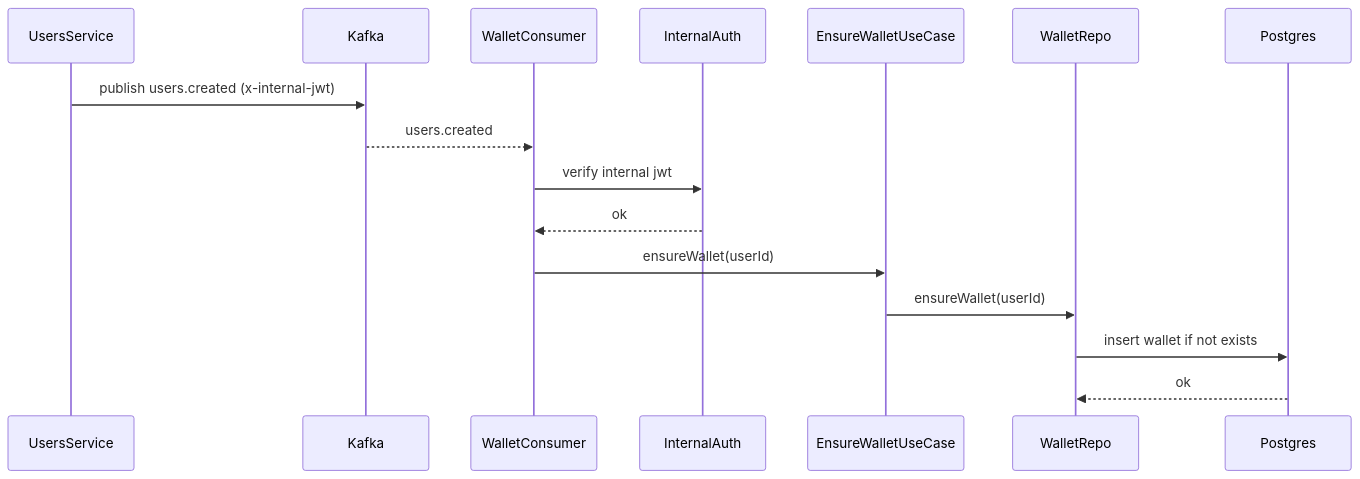
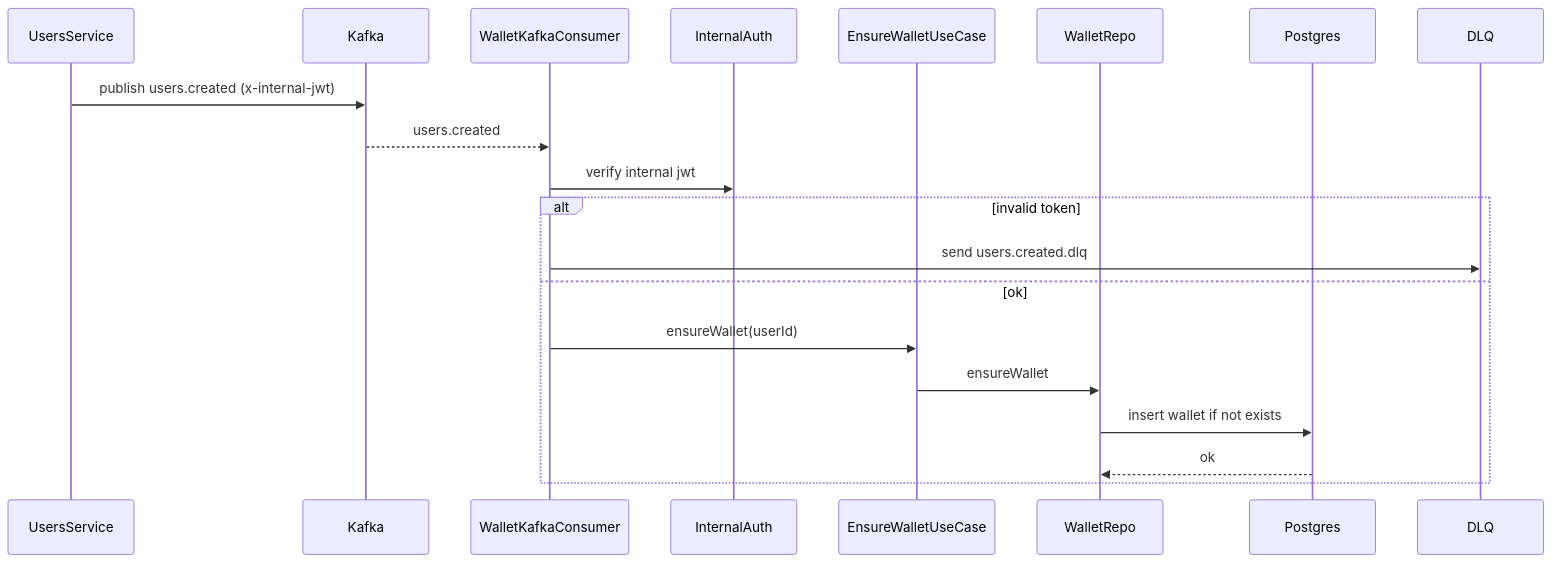
Before and after one commit to rodrigocardosodev/ilia-nodejs-challenge: the sixth of 7 diagrams in README.md, drawn with Mermaid. The commit also changed other lines of this file and 36 other files, not shown here.

````diff
--- a/README.md
+++ b/README.md
@@ -295,19 +295,23 @@
 ```mermaid
 sequenceDiagram
     participant UsersService
     participant Kafka
-    participant WalletConsumer
+    participant WalletKafkaConsumer
     participant InternalAuth
     participant EnsureWalletUseCase
     participant WalletRepo
     participant Postgres
+    participant DLQ
 
     UsersService->>Kafka: publish users.created (x-internal-jwt)
-    Kafka-->>WalletConsumer: users.created
-    WalletConsumer->>InternalAuth: verify internal jwt
-    InternalAuth-->>WalletConsumer: ok
-    WalletConsumer->>EnsureWalletUseCase: ensureWallet(userId)
-    EnsureWalletUseCase->>WalletRepo: ensureWallet(userId)
-    WalletRepo->>Postgres: insert wallet if not exists
-    Postgres-->>WalletRepo: ok
+    Kafka-->>WalletKafkaConsumer: users.created
+    WalletKafkaConsumer->>InternalAuth: verify internal jwt
+    alt invalid token
+        WalletKafkaConsumer->>DLQ: send users.created.dlq
+    else ok
+        WalletKafkaConsumer->>EnsureWalletUseCase: ensureWallet(userId)
+        EnsureWalletUseCase->>WalletRepo: ensureWallet
+        WalletRepo->>Postgres: insert wallet if not exists
+        Postgres-->>WalletRepo: ok
+    end
 ```
````
